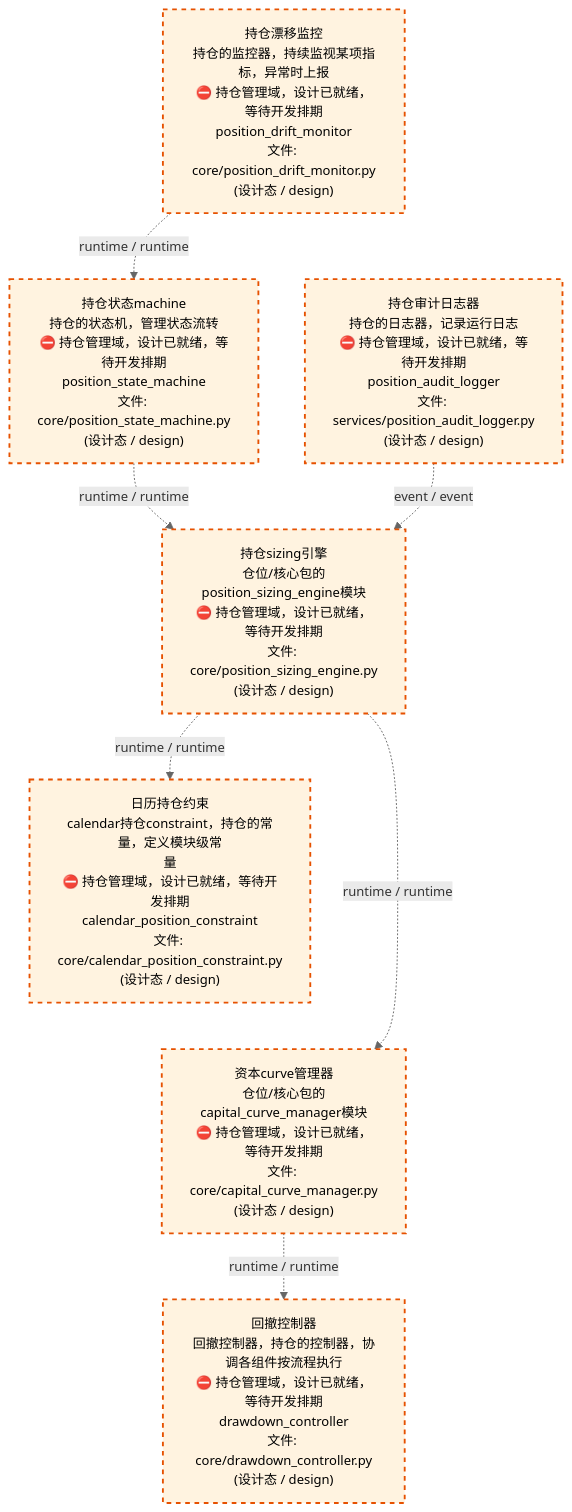
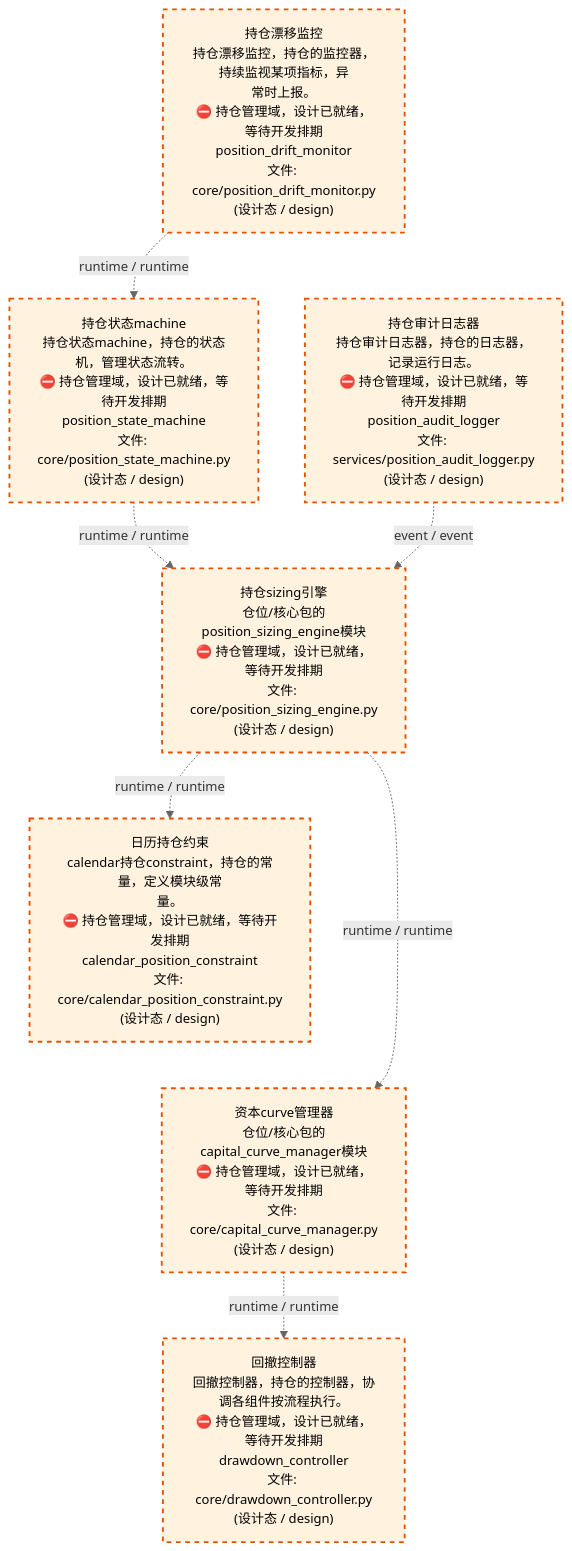
One commit to xuanFelixVan/ZephyrAlpha changed the third of 4 diagrams in docs/02_enterprise_architecture/02_domain_architecture_docs/64_d_position.md. Above: the diagram before and after it, drawn with Mermaid. The commit also changed other lines of this file and 58 other files, not shown here.

````diff
--- a/docs/02_enterprise_architecture/02_domain_architecture_docs/64_d_position.md
+++ b/docs/02_enterprise_architecture/02_domain_architecture_docs/64_d_position.md
@@ -130,24 +132,24 @@
 ```mermaid
 %%{init: {'theme': 'base', 'themeVariables': {'primaryColor': '#eaeaea', 'primaryTextColor': '#333333', 'primaryBorderColor': '#666666', 'lineColor': '#666666', 'secondaryColor': '#eaeaea', 'tertiaryColor': '#eaeaea', 'fontSize': '14px'}}}%%
 flowchart TD
-    src_zephyr_position_core_position_drift_monitor_py["持仓漂移监控<br/>持仓的监控器，持续监视某项指标，异常时上报<br/>⛔ 持仓管理域，设计已就绪，等待开发排期<br/>position_drift_monitor<br/>文件: core/position_drift_monitor.py<br/>(设计态 / design)"]
-    src_zephyr_position_services_position_audit_logger_py["持仓审计日志器<br/>持仓的日志器，记录运行日志<br/>⛔ 持仓管理域，设计已就绪，等待开发排期<br/>position_audit_logger<br/>文件: services/position_audit_logger.py<br/>(设计态 / design)"]
+    src_zephyr_position_core_position_drift_monitor_py["持仓漂移监控<br/>持仓漂移监控，持仓的监控器，持续监视某项指标，异<br/>常时上报。<br/>⛔ 持仓管理域，设计已就绪，等待开发排期<br/>position_drift_monitor<br/>文件: core/position_drift_monitor.py<br/>(设计态 / design)"]
+    src_zephyr_position_services_position_audit_logger_py["持仓审计日志器<br/>持仓审计日志器，持仓的日志器，记录运行日志。<br/>⛔ 持仓管理域，设计已就绪，等待开发排期<br/>position_audit_logger<br/>文件: services/position_audit_logger.py<br/>(设计态 / design)"]
     src_zephyr_position_core_position_drift_monitor_py ~~~ src_zephyr_position_services_position_audit_logger_py
-    src_zephyr_position_core_position_state_machine_py["持仓状态machine<br/>持仓的状态机，管理状态流转<br/>⛔ 持仓管理域，设计已就绪，等待开发排期<br/>position_state_machine<br/>文件: core/position_state_machine.py<br/>(设计态 / design)"]
+    src_zephyr_position_core_position_state_machine_py["持仓状态machine<br/>持仓状态machine，持仓的状态机，管理状态流转。<br/>⛔ 持仓管理域，设计已就绪，等待开发排期<br/>position_state_machine<br/>文件: core/position_state_machine.py<br/>(设计态 / design)"]
     src_zephyr_position_core_position_sizing_engine_py["持仓sizing引擎<br/>仓位/核心包的position_sizing_engine模块<br/>⛔ 持仓管理域，设计已就绪，等待开发排期<br/>文件: core/position_sizing_engine.py<br/>(设计态 / design)"]
-    src_zephyr_position_core_calendar_position_constraint_py["日历持仓约束<br/>calendar持仓constraint，持仓的常量，定义模块级常<br/>量<br/>⛔ 持仓管理域，设计已就绪，等待开发排期<br/>calendar_position_constraint<br/>文件: core/calendar_position_constraint.py<br/>(设计态 / design)"]
+    src_zephyr_position_core_calendar_position_constraint_py["日历持仓约束<br/>calendar持仓constraint，持仓的常量，定义模块级常<br/>量。<br/>⛔ 持仓管理域，设计已就绪，等待开发排期<br/>calendar_position_constraint<br/>文件: core/calendar_position_constraint.py<br/>(设计态 / design)"]
     src_zephyr_position_core_capital_curve_manager_py["资本curve管理器<br/>仓位/核心包的capital_curve_manager模块<br/>⛔ 持仓管理域，设计已就绪，等待开发排期<br/>文件: core/capital_curve_manager.py<br/>(设计态 / design)"]
     src_zephyr_position_core_calendar_position_constraint_py ~~~ src_zephyr_position_core_capital_curve_manager_py
-    src_zephyr_position_core_drawdown_controller_py["回撤控制器<br/>回撤控制器，持仓的控制器，协调各组件按流程执行<br/>⛔ 持仓管理域，设计已就绪，等待开发排期<br/>drawdown_controller<br/>文件: core/drawdown_controller.py<br/>(设计态 / design)"]
+    src_zephyr_position_core_drawdown_controller_py["回撤控制器<br/>回撤控制器，持仓的控制器，协调各组件按流程执行。<br/>⛔ 持仓管理域，设计已就绪，等待开发排期<br/>drawdown_controller<br/>文件: core/drawdown_controller.py<br/>(设计态 / design)"]
     src_zephyr_position_core_position_sizing_engine_py -.->|runtime / runtime| src_zephyr_position_core_capital_curve_manager_py
     src_zephyr_position_core_position_sizing_engine_py -.->|runtime / runtime| src_zephyr_position_core_calendar_position_constraint_py
     src_zephyr_position_core_position_state_machine_py -.->|runtime / runtime| src_zephyr_position_core_position_sizing_engine_py
     src_zephyr_position_core_position_drift_monitor_py -.->|runtime / runtime| src_zephyr_position_core_position_state_machine_py
     src_zephyr_position_core_capital_curve_manager_py -.->|runtime / runtime| src_zephyr_position_core_drawdown_controller_py
     src_zephyr_position_services_position_audit_logger_py -.->|event / event| src_zephyr_position_core_position_sizing_engine_py
     classDef production fill:#e1f5fe,stroke:#01579b,stroke-width:2px,color:#000
     classDef design fill:#fff3e0,stroke:#e65100,stroke-width:2px,color:#000,stroke-dasharray: 5 5
     classDef external_prod fill:#e8f4fd,stroke:#0277bd,stroke-width:1px,color:#000
     classDef external_design fill:#fff8e7,stroke:#ef6c00,stroke-width:1px,color:#000,stroke-dasharray: 5 5
     class src_zephyr_position_core_calendar_position_constraint_py,src_zephyr_position_core_capital_curve_manager_py,src_zephyr_position_core_drawdown_controller_py,src_zephyr_position_core_position_drift_monitor_py,src_zephyr_position_core_position_sizing_engine_py,src_zephyr_position_core_position_state_machine_py,src_zephyr_position_services_position_audit_logger_py design
 ```
````
